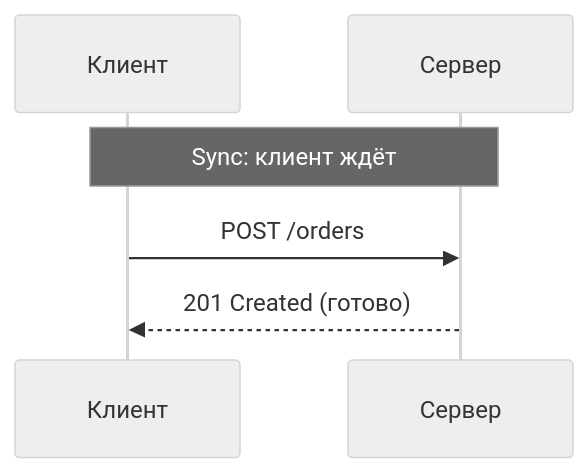
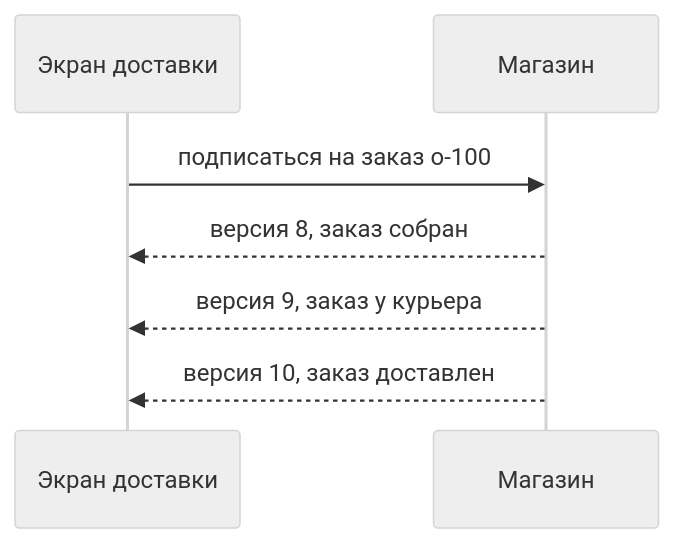
Before and after one commit to Kert0n/KPO: the fourth of 10 diagrams in content/lectures/Lec10/vitepress.md, drawn with Mermaid (neutral theme). The commit also changed other lines of this file, not shown here.

Commit message:
Редактура курса: Лекция 10. Семантика клиент-серверного и межсервисного обмена

````diff
--- a/content/lectures/Lec10/vitepress.md
+++ b/content/lectures/Lec10/vitepress.md
@@ -359,8 +116,9 @@
 ```mermaid
 sequenceDiagram
-    participant C as Клиент
-    participant S as Сервер
-    Note over C,S: Sync: клиент ждёт
-    C->>S: POST /orders
-    S-->>C: 201 Created (готово)
+    participant C as Экран доставки
+    participant S as Магазин
+    C->>S: подписаться на заказ o-100
+    S-->>C: версия 8, заказ собран
+    S-->>C: версия 9, заказ у курьера
+    S-->>C: версия 10, заказ доставлен
 ```
````
